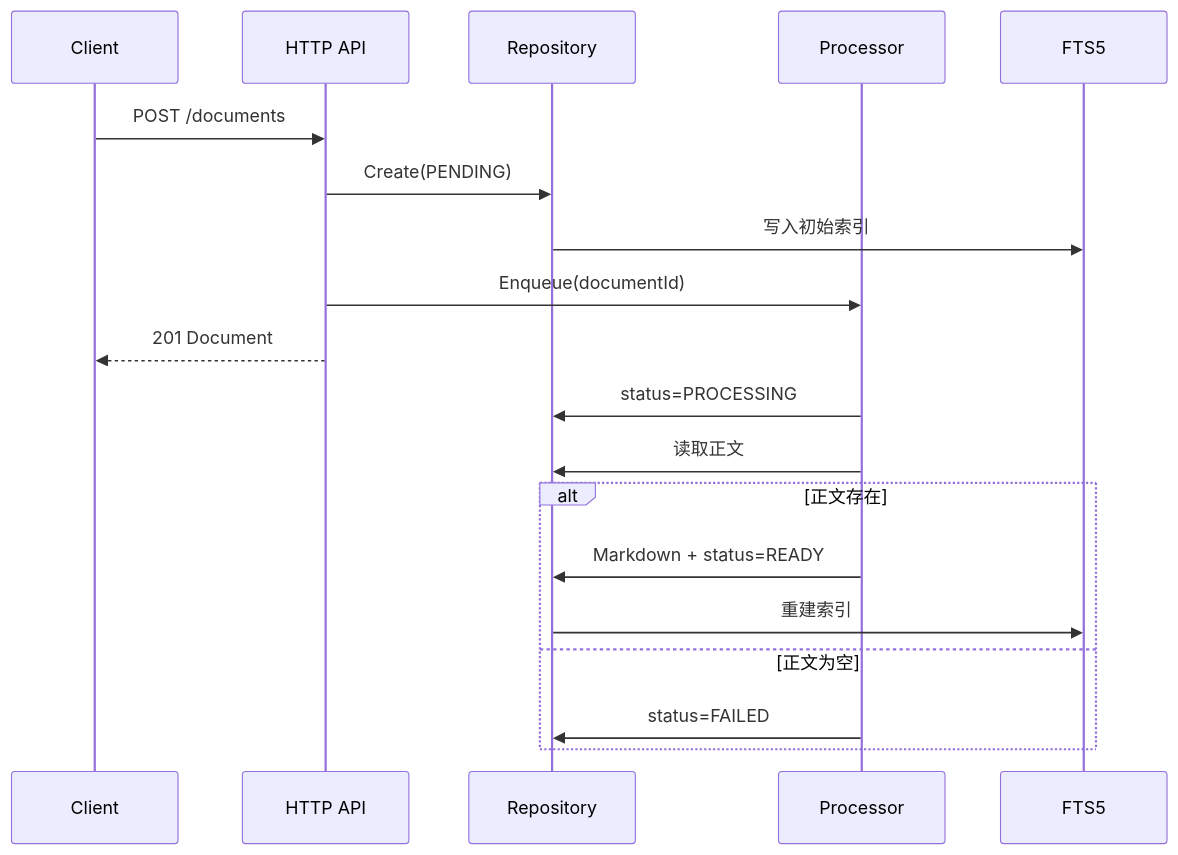
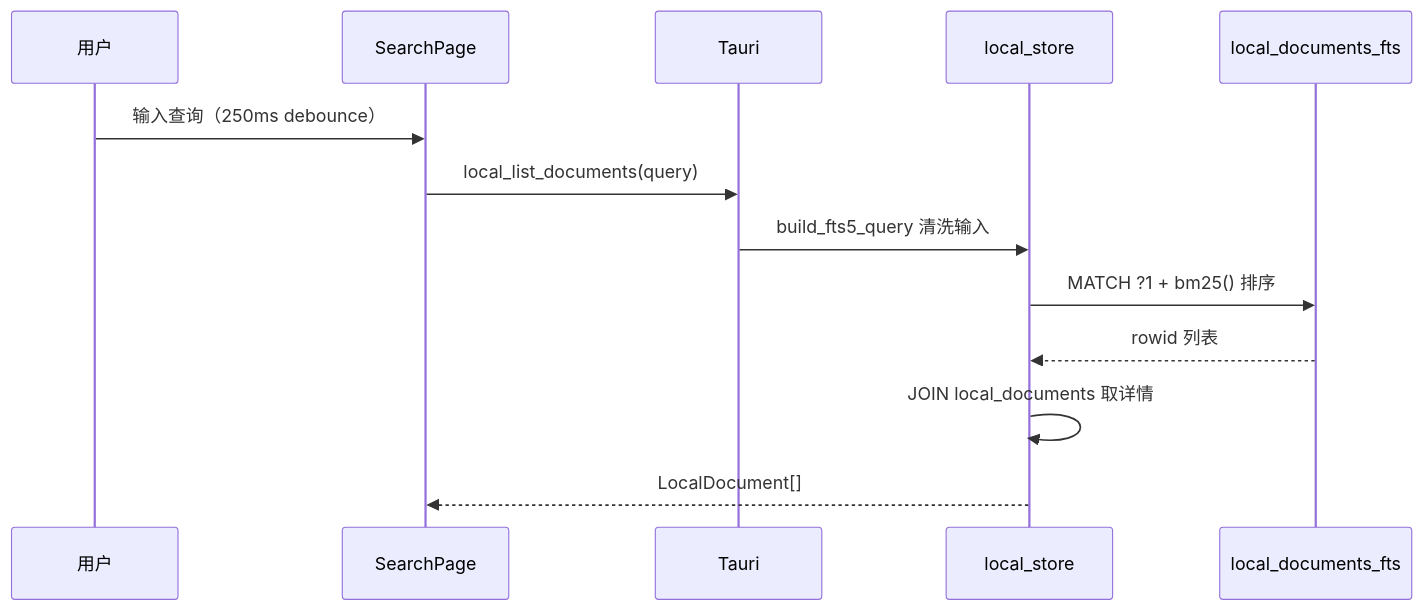
Before and after one commit to fengjutian/browser: the fourth of 4 diagrams in docs/development-guide.md, drawn with Mermaid. The commit also changed other lines of this file and 39 other files, not shown here.

First line of the commit message:
Refactor documentation and remove Go API; integrate SQLite FTS5 for local document management

````diff
--- a/docs/development-guide.md
+++ b/docs/development-guide.md
@@ -444,22 +318,16 @@
 ```mermaid
 sequenceDiagram
-    participant C as Client
-    participant H as HTTP API
-    participant R as Repository
-    participant P as Processor
-    participant F as FTS5
+    participant U as 用户
+    participant UI as SearchPage
+    participant T as Tauri
+    participant L as local_store
+    participant F as local_documents_fts
 
-    C->>H: POST /documents
-    H->>R: Create(PENDING)
-    R->>F: 写入初始索引
-    H->>P: Enqueue(documentId)
-    H-->>C: 201 Document
-    P->>R: status=PROCESSING
-    P->>R: 读取正文
-    alt 正文存在
-        P->>R: Markdown + status=READY
-        R->>F: 重建索引
-    else 正文为空
-        P->>R: status=FAILED
-    end
+    U->>UI: 输入查询（250ms debounce）
+    UI->>T: local_list_documents(query)
+    T->>L: build_fts5_query 清洗输入
+    L->>F: MATCH ?1 + bm25() 排序
+    F-->>L: rowid 列表
+    L->>L: JOIN local_documents 取详情
+    L-->>UI: LocalDocument[]
 ```
````
